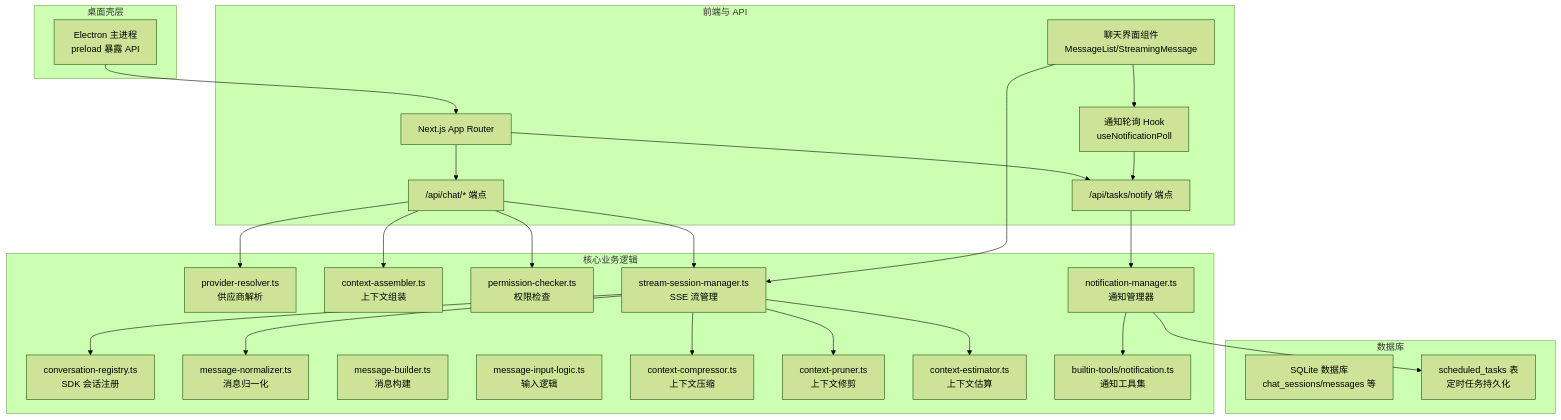
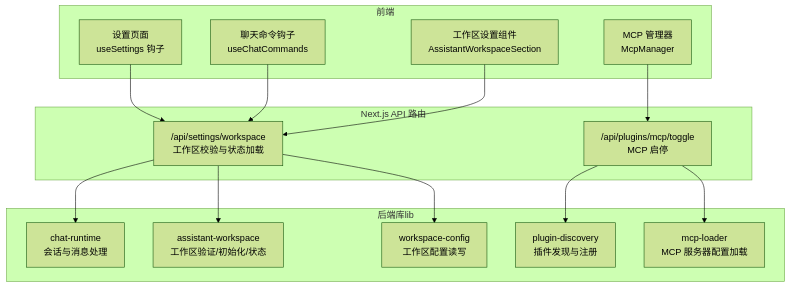
Before and after one commit to haolange/CodePilot: the first of 7 diagrams in .qoder/repowiki/zh/content/核心功能/核心功能.md, drawn with Mermaid (forest theme). The commit also changed other lines of this file and 203 other files, not shown here.

````diff
--- a/.qoder/repowiki/zh/content/核心功能/核心功能.md
+++ b/.qoder/repowiki/zh/content/核心功能/核心功能.md
@@ -57,50 +38,29 @@
 ```mermaid
 graph TB
-subgraph "桌面壳层"
-Electron["Electron 主进程<br/>preload 暴露 API"]
+subgraph "前端"
+UI_Settings["设置页面<br/>useSettings 钩子"]
+UI_Chat["聊天命令钩子<br/>useChatCommands"]
+UI_Workspace["工作区设置组件<br/>AssistantWorkspaceSection"]
+UI_Plugins["MCP 管理器<br/>McpManager"]
 end
-subgraph "前端与 API"
-Next["Next.js App Router"]
-API["/api/chat/* 端点"]
-NotifyAPI["/api/tasks/notify 端点"]
-UI["聊天界面组件<br/>MessageList/StreamingMessage"]
-NotifyUI["通知轮询 Hook<br/>useNotificationPoll"]
+subgraph "Next.js API 路由"
+API_WS_Inspect["/api/settings/workspace<br/>工作区校验与状态加载"]
+API_MCP_Toggle["/api/plugins/mcp/toggle<br/>MCP 启停"]
 end
-subgraph "核心业务逻辑"
-ProvRes["provider-resolver.ts<br/>供应商解析"]
-CtxAsm["context-assembler.ts<br/>上下文组装"]
-Perm["permission-checker.ts<br/>权限检查"]
-StreamMgr["stream-session-manager.ts<br/>SSE 流管理"]
-ConvReg["conversation-registry.ts<br/>SDK 会话注册"]
-MsgNorm["message-normalizer.ts<br/>消息归一化"]
-MsgBuild["message-builder.ts<br/>消息构建"]
-MsgInput["message-input-logic.ts<br/>输入逻辑"]
-CtxComp["context-compressor.ts<br/>上下文压缩"]
-CtxPrune["context-pruner.ts<br/>上下文修剪"]
-CtxEst["context-estimator.ts<br/>上下文估算"]
-NotifyMgr["notification-manager.ts<br/>通知管理器"]
-NotifyTools["builtin-tools/notification.ts<br/>通知工具集"]
+subgraph "后端库lib"
+Lib_Chat["chat-runtime<br/>会话与消息处理"]
+Lib_WS["assistant-workspace<br/>工作区验证/初始化/状态"]
+Lib_WS_Config["workspace-config<br/>工作区配置读写"]
+Lib_Plugin["plugin-discovery<br/>插件发现与注册"]
+Lib_MCP_Loader["mcp-loader<br/>MCP 服务器配置加载"]
 end
-subgraph "数据库"
-DB["SQLite 数据库<br/>chat_sessions/messages 等"]
-TaskDB["scheduled_tasks 表<br/>定时任务持久化"]
-end
-Electron --> Next
-Next --> API
-Next --> NotifyAPI
-API --> ProvRes
-API --> CtxAsm
-API --> Perm
-API --> StreamMgr
-StreamMgr --> ConvReg
-StreamMgr --> MsgNorm
-StreamMgr --> CtxComp
-StreamMgr --> CtxPrune
-StreamMgr --> CtxEst
-NotifyAPI --> NotifyMgr
-NotifyMgr --> NotifyTools
-NotifyMgr --> TaskDB
-NotifyUI --> NotifyAPI
-UI --> StreamMgr
-UI --> NotifyUI
+UI_Settings --> API_WS_Inspect
+UI_Chat --> API_WS_Inspect
+UI_Workspace --> API_WS_Inspect
+UI_Plugins --> API_MCP_Toggle
+API_WS_Inspect --> Lib_WS
+API_WS_Inspect --> Lib_WS_Config
+API_WS_Inspect --> Lib_Chat
+API_MCP_Toggle --> Lib_MCP_Loader
+API_MCP_Toggle --> Lib_Plugin
 ```
````
